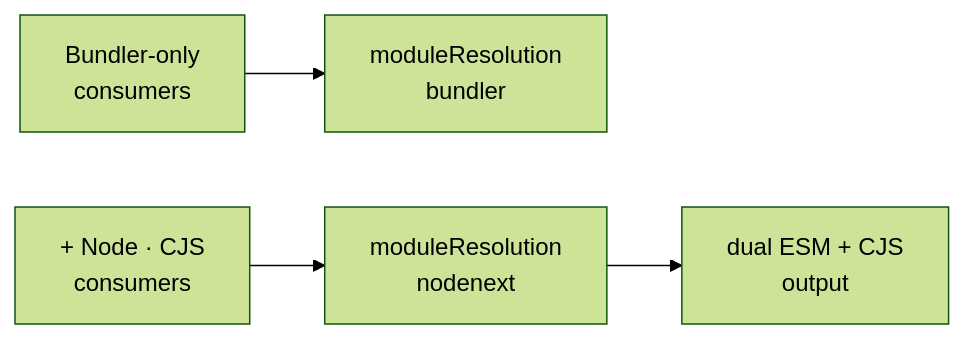
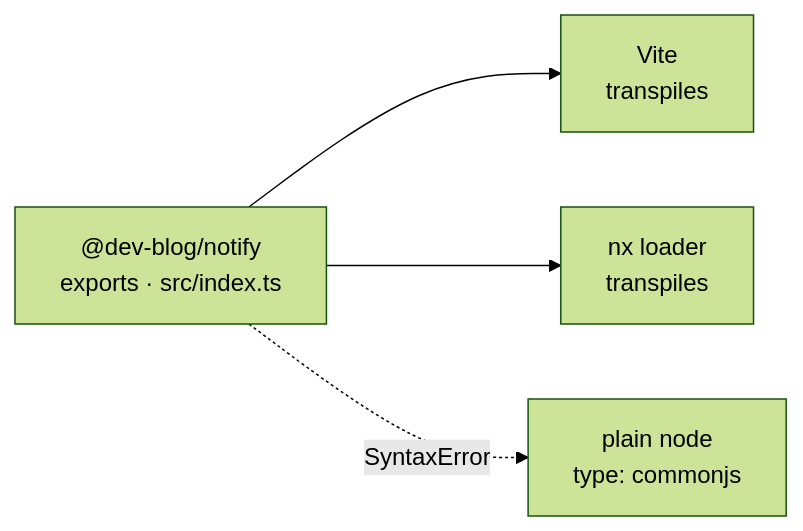
The second of 3 diagrams in apps/blog/content/drafts/can-i-import-this.mdx (fmmenchi/dev-blog), drawn with Mermaid (forest theme) before and after one commit. The commit also changed other lines of this file and 10 other files, not shown here.

First line of the commit message:
docs(blog): rewrite the module-boundaries draft around this repo

````diff
--- a/apps/blog/content/drafts/can-i-import-this.mdx
+++ b/apps/blog/content/drafts/can-i-import-this.mdx
@@ -120,7 +118,7 @@
 ```mermaid
 flowchart LR
-  BundlerOnly["Bundler-only<br/>consumers"] --> B["moduleResolution<br/>bundler"]
-  Mixed["+ Node · CJS<br/>consumers"] --> NN["moduleResolution<br/>nodenext"]
-  NN --> Dual["dual ESM + CJS<br/>output"]
-  NN:::accent
+  accDescr: One exports map, three consumers. Vite and the nx loader both read the source entry and transpile it. Plain Node reaches the same file and fails, because the package declares commonjs while the source is ESM.
+  Map["@dev-blog/notify<br/>exports · src/index.ts"] --> Vite["Vite<br/>transpiles"]
+  Map --> NX["nx loader<br/>transpiles"]
+  Map -.->|"SyntaxError"| Node["plain node<br/>type: commonjs"]:::accent
 ```
````
